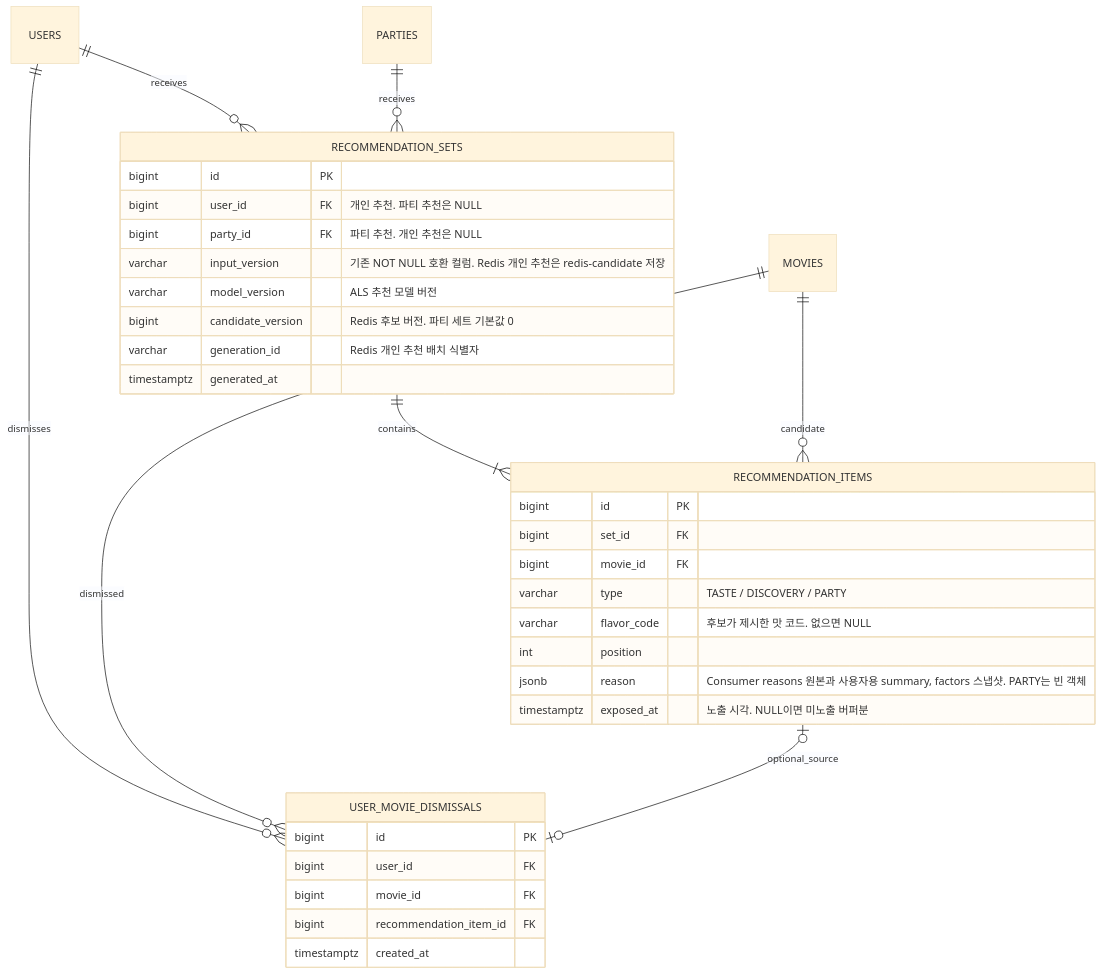
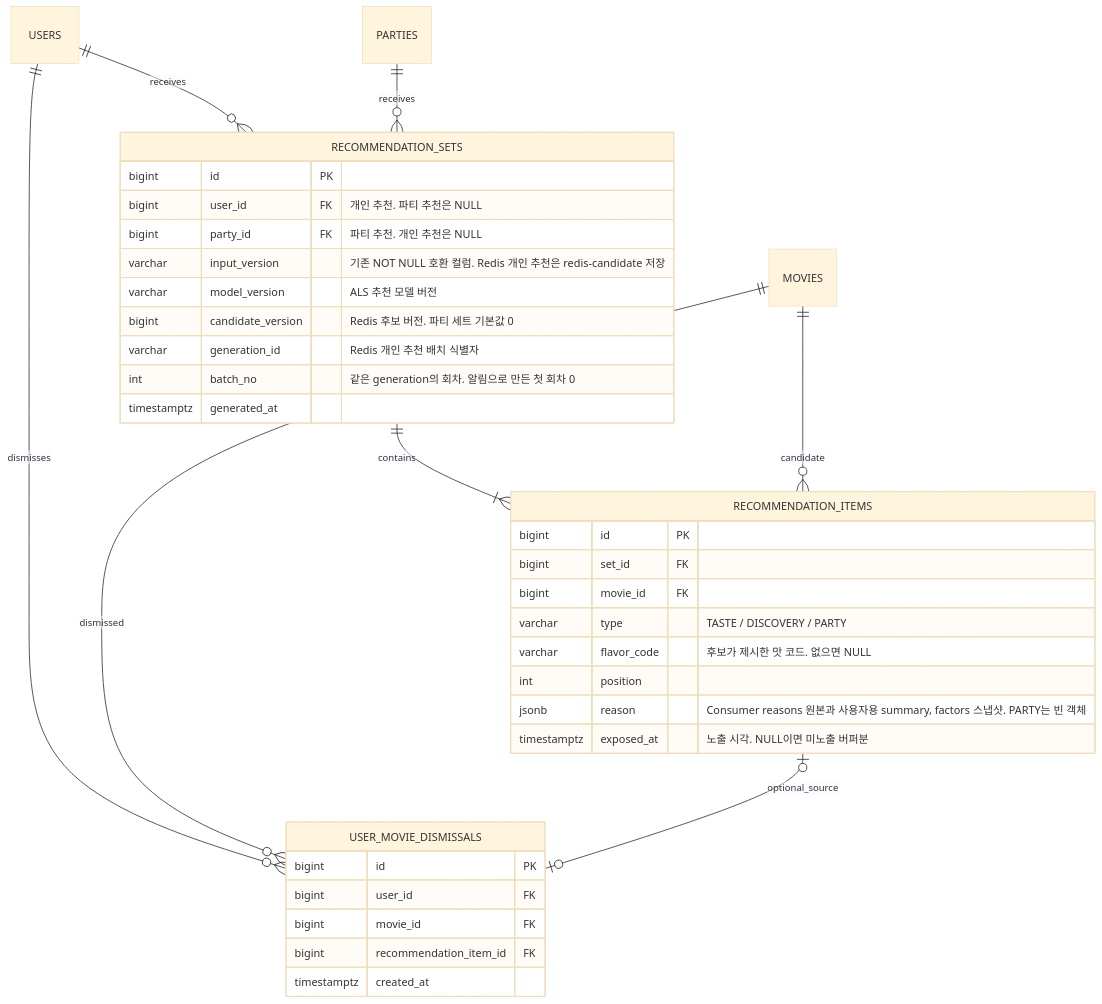
The fifth of 8 diagrams in docs/erd.md (koongya-studio/feelm), drawn with Mermaid (base theme) before and after one commit. The commit also changed other lines of this file and 16 other files, not shown here.

````diff
--- a/docs/erd.md
+++ b/docs/erd.md
@@ -347,38 +347,39 @@
 ```mermaid
 erDiagram
     RECOMMENDATION_SETS {
         bigint id PK
         bigint user_id FK "개인 추천. 파티 추천은 NULL"
         bigint party_id FK "파티 추천. 개인 추천은 NULL"
         varchar input_version "기존 NOT NULL 호환 컬럼. Redis 개인 추천은 redis-candidate 저장"
         varchar model_version "ALS 추천 모델 버전"
         bigint candidate_version "Redis 후보 버전. 파티 세트 기본값 0"
         varchar generation_id "Redis 개인 추천 배치 식별자"
+        int batch_no "같은 generation의 회차. 알림으로 만든 첫 회차 0"
         timestamptz generated_at
     }
     RECOMMENDATION_ITEMS {
         bigint id PK
         bigint set_id FK
         bigint movie_id FK
         varchar type "TASTE / DISCOVERY / PARTY"
         varchar flavor_code "후보가 제시한 맛 코드. 없으면 NULL"
         int position
         jsonb reason "Consumer reasons 원본과 사용자용 summary, factors 스냅샷. PARTY는 빈 객체"
         timestamptz exposed_at "노출 시각. NULL이면 미노출 버퍼분"
     }
     USER_MOVIE_DISMISSALS {
         bigint id PK
         bigint user_id FK
         bigint movie_id FK
         bigint recommendation_item_id FK
         timestamptz created_at
     }
 
     USERS ||--o{ RECOMMENDATION_SETS : receives
     PARTIES ||--o{ RECOMMENDATION_SETS : receives
     RECOMMENDATION_SETS ||--|{ RECOMMENDATION_ITEMS : contains
     MOVIES ||--o{ RECOMMENDATION_ITEMS : candidate
     USERS ||--o{ USER_MOVIE_DISMISSALS : dismisses
     MOVIES ||--o{ USER_MOVIE_DISMISSALS : dismissed
     RECOMMENDATION_ITEMS o|--o| USER_MOVIE_DISMISSALS : optional_source
 ```
````
